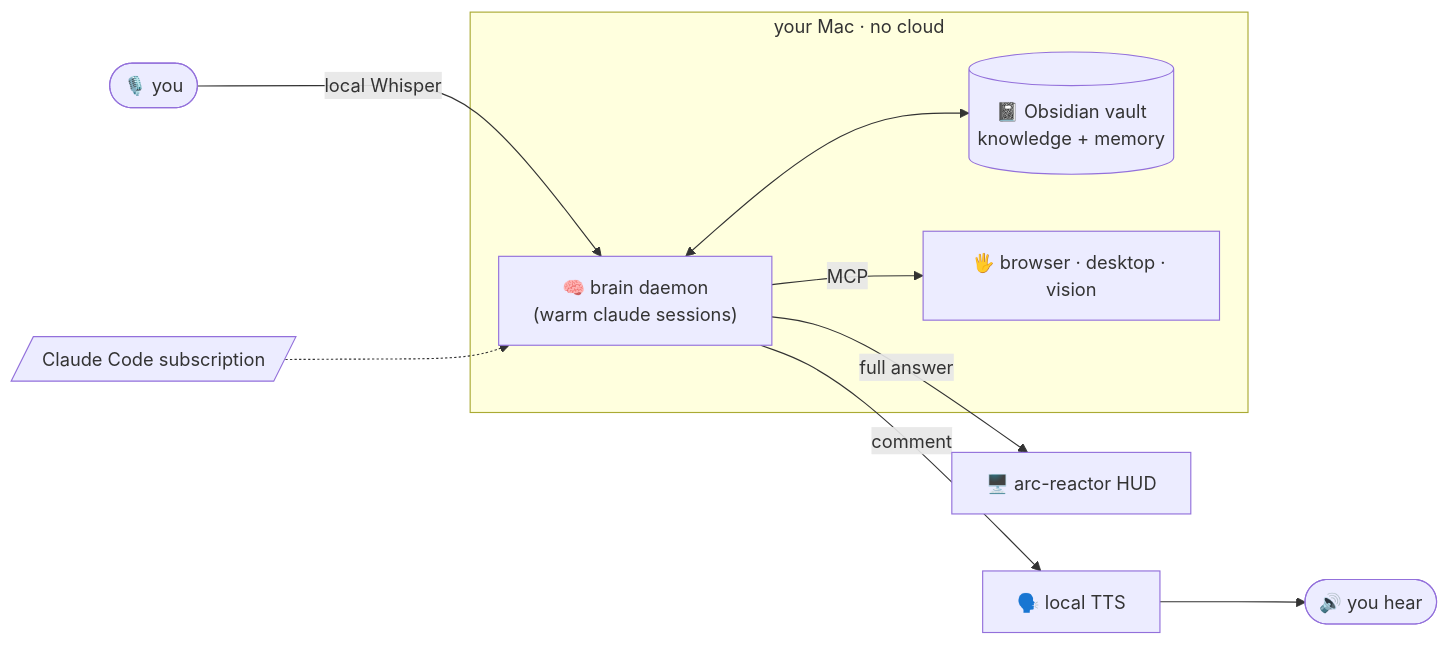
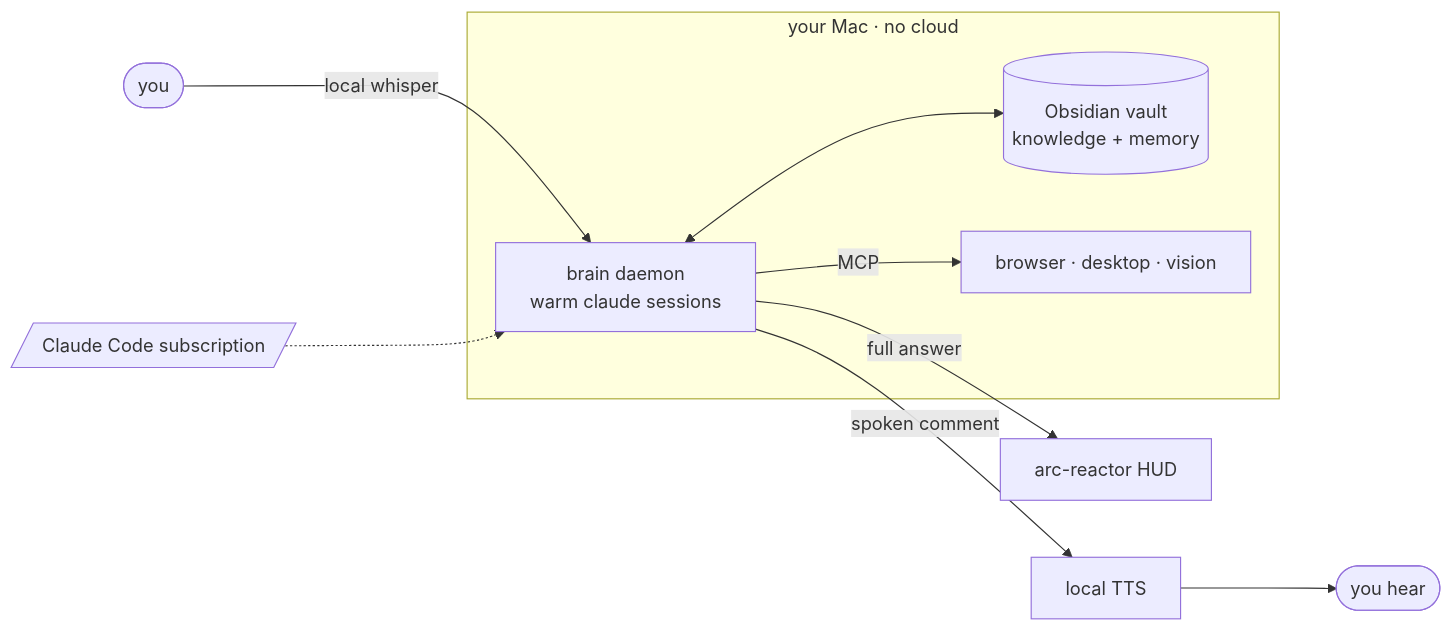
The diagram in README.md (Grandillionaire/jarvis), drawn with Mermaid before and after one commit. The commit also changed other lines of this file, not shown here.

````diff
--- a/README.md
+++ b/README.md
@@ -75,13 +37,13 @@
 ```mermaid
 flowchart LR
-    mic([🎙️ you]) -->|local Whisper| daemon
-    subgraph machine[your Mac · no cloud]
-      daemon["🧠 brain daemon<br/>(warm claude sessions)"]
-      vault[("📓 Obsidian vault<br/>knowledge + memory")]
+    you([you]) -->|local whisper| daemon
+    subgraph mac[your Mac · no cloud]
+      daemon["brain daemon<br/>warm claude sessions"]
+      vault[("Obsidian vault<br/>knowledge + memory")]
       daemon <--> vault
-      daemon -->|MCP| hands["🖐️ browser · desktop · vision"]
+      daemon -->|MCP| hands["browser · desktop · vision"]
     end
-    daemon -->|comment| tts["🗣️ local TTS"] --> spk([🔊 you hear])
-    daemon -->|full answer| hud["🖥️ arc-reactor HUD"]
-    sub[/"Claude Code subscription"/] -.-> daemon
+    daemon -->|spoken comment| tts["local TTS"] --> ear([you hear])
+    daemon -->|full answer| hud["arc-reactor HUD"]
+    plan[/"Claude Code subscription"/] -.-> daemon
 ```
````
